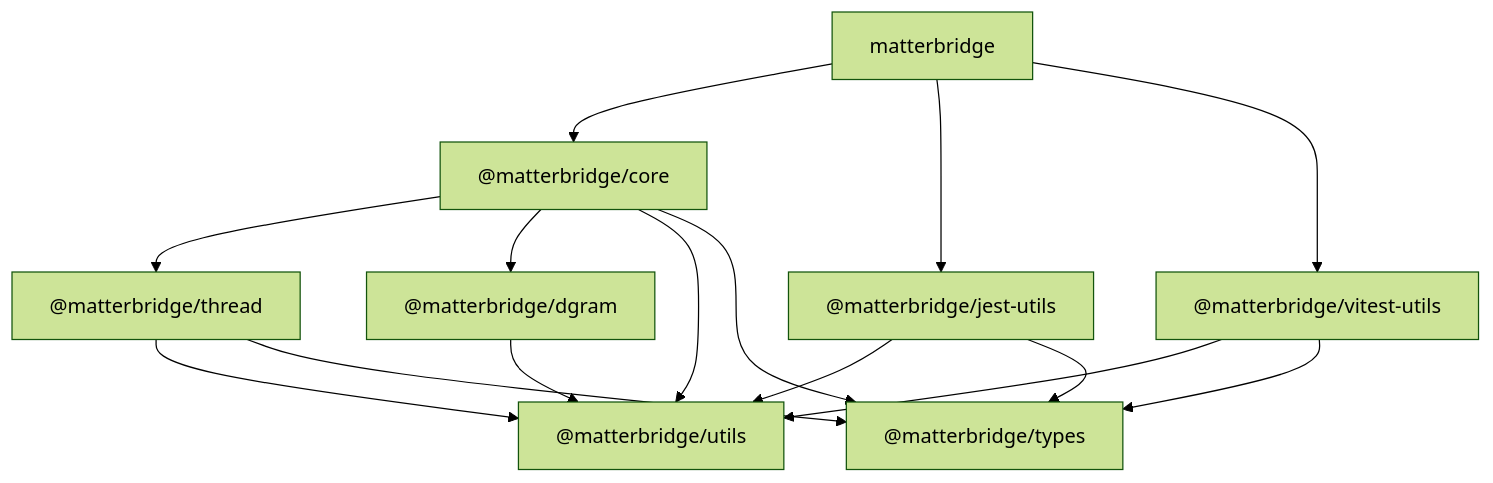
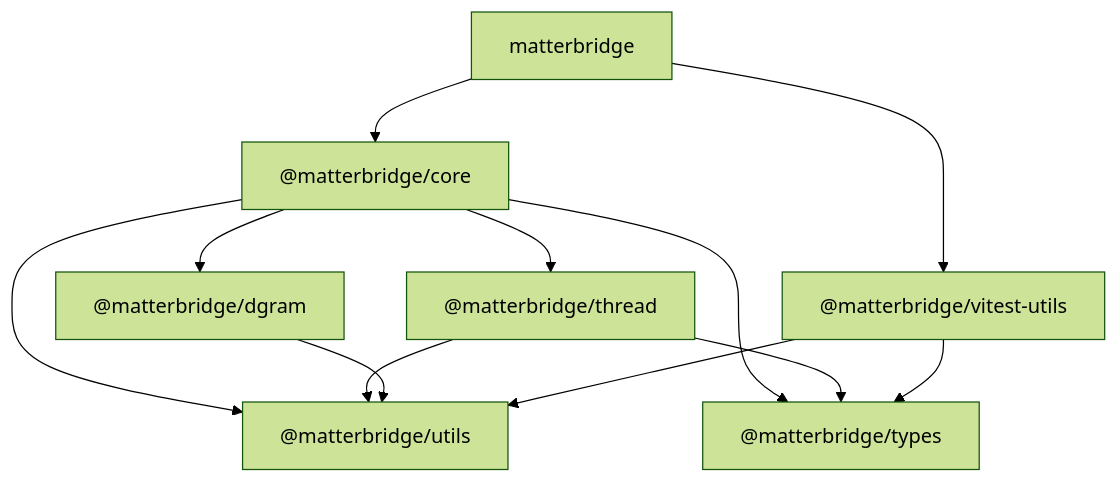
One commit to Luligu/matterbridge changed the diagram in README.md. Above: the diagram before and after it, drawn with Mermaid (forest theme). The commit also changed 25 other files, not shown here.

Commit message:
Remove the deprecated `matterbridge/jestutils` export

````diff
--- a/README.md
+++ b/README.md
@@ -793,28 +793,24 @@
 ```mermaid
 graph TD
   matterbridge["matterbridge"]
   core["@matterbridge/core"]
   thread["@matterbridge/thread"]
   dgram["@matterbridge/dgram"]
   utils["@matterbridge/utils"]
   types["@matterbridge/types"]
-  jestutils["@matterbridge/jest-utils"]
   vitestutils["@matterbridge/vitest-utils"]
 
   matterbridge --> core
-  matterbridge --> jestutils
   matterbridge --> vitestutils
 
   core --> thread
   core --> dgram
   core --> utils
   core --> types
 
   thread --> utils
   thread --> types
   dgram --> utils
-  jestutils --> utils
-  jestutils --> types
   vitestutils --> utils
   vitestutils --> types
 ```
````
